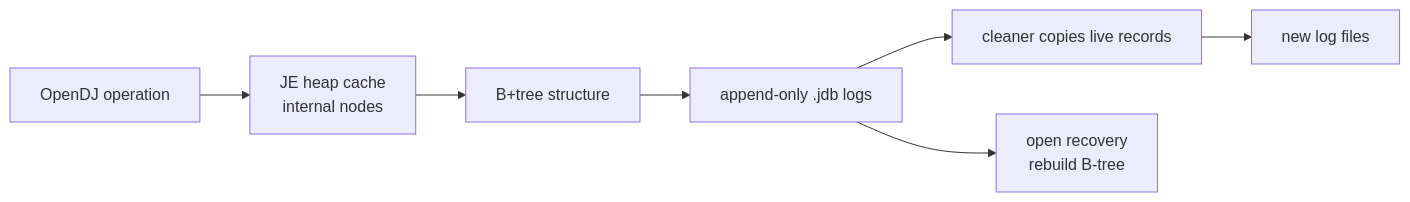
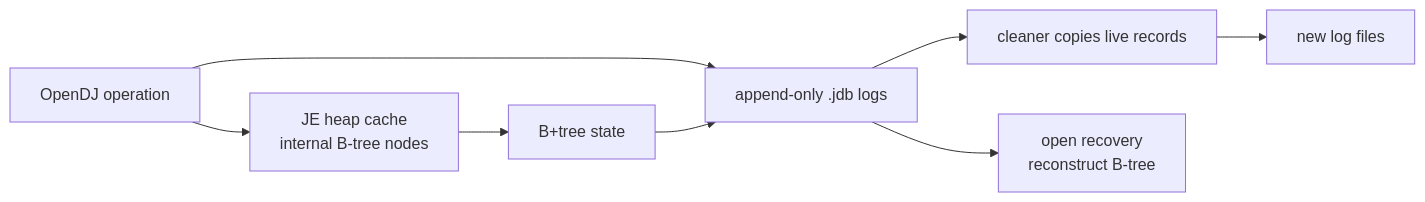
One commit to hadamrd/cow-btree-course changed the third of 4 diagrams in docs/09-openldap-opendj-research.md. Above: the diagram before and after it, drawn with Mermaid. The commit also changed other lines of this file and 9 other files, not shown here.

````diff
--- a/docs/09-openldap-opendj-research.md
+++ b/docs/09-openldap-opendj-research.md
@@ -98,9 +112,10 @@
 ```mermaid
 flowchart LR
-    App["OpenDJ operation"] --> Cache["JE heap cache<br/>internal nodes"]
-    Cache --> BTree["B+tree structure"]
-    BTree --> Log["append-only .jdb logs"]
+    App["OpenDJ operation"] --> Heap["JE heap cache<br/>internal B-tree nodes"]
+    Heap --> Tree["B+tree state"]
+    App --> Log["append-only .jdb logs"]
+    Tree --> Log
     Log --> Cleaner["cleaner copies live records"]
-    Cleaner --> NewLog["new log files"]
-    Log --> Recovery["open recovery<br/>rebuild B-tree"]
+    Cleaner --> NewLogs["new log files"]
+    Log --> Recovery["open recovery<br/>reconstruct B-tree"]
 ```
````
